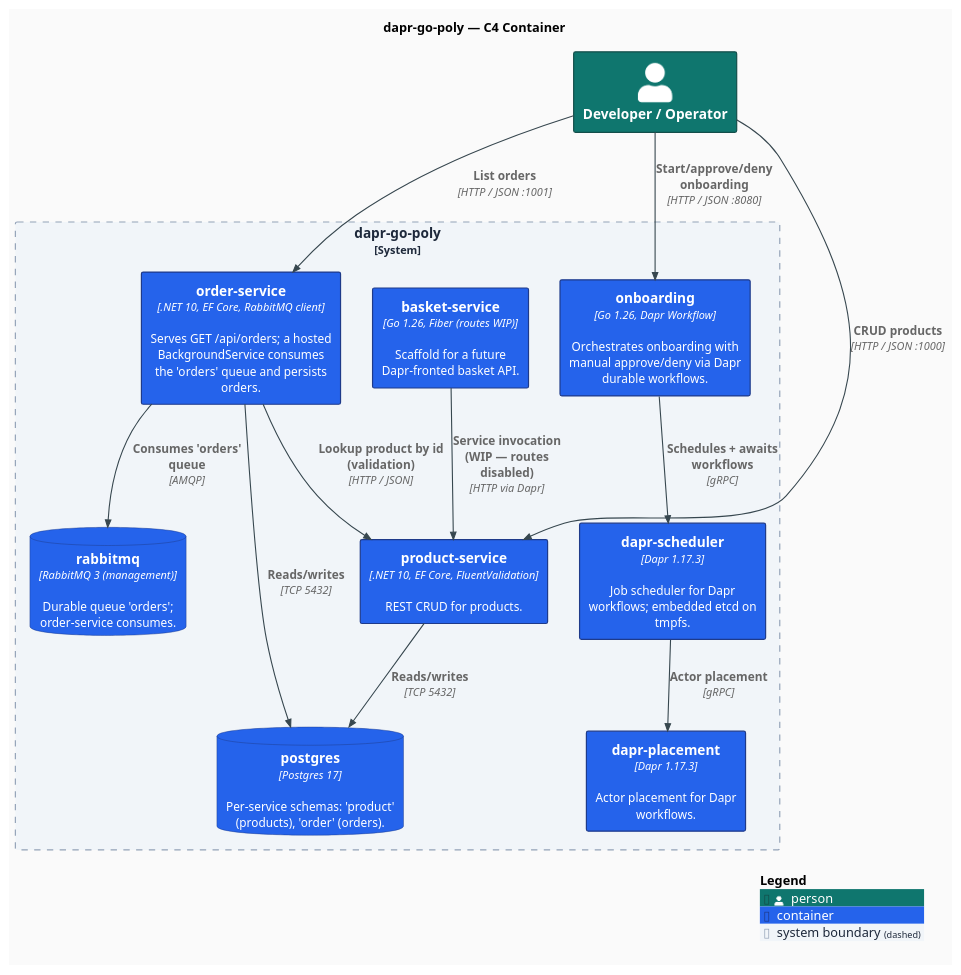
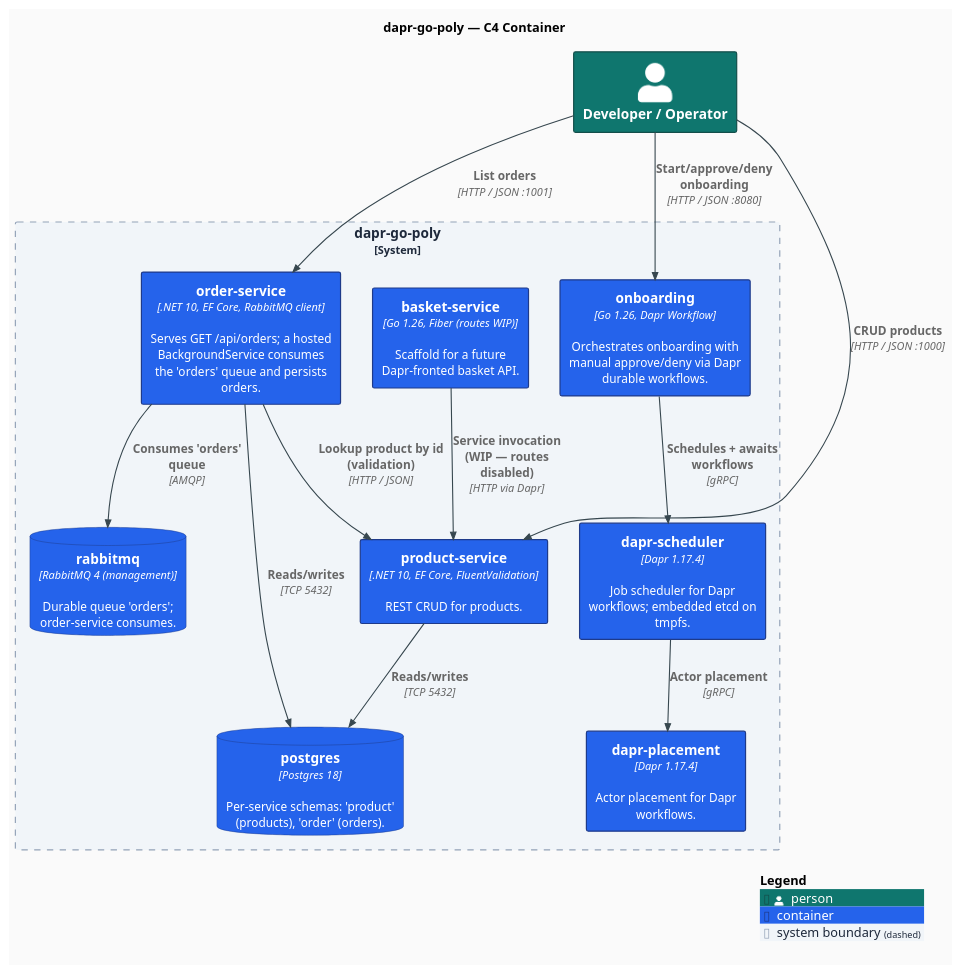
One commit to AndriyKalashnykov/dapr-go-poly changed the diagram in docs/diagrams/c4-container.puml. Above: the diagram before and after it, drawn with PlantUML. The commit also changed 7 other files, not shown here.

```diff
--- a/docs/diagrams/c4-container.puml
+++ b/docs/diagrams/c4-container.puml
@@ -1,51 +1,51 @@
 @startuml c4-container
 !include https://raw.githubusercontent.com/plantuml-stdlib/C4-PlantUML/v2.11.0/C4_Container.puml
 
 title dapr-go-poly — C4 Container
 
 skinparam backgroundColor #FAFAFA
 skinparam shadowing false
 skinparam roundCorner 4
 skinparam defaultFontName "Inter, Helvetica, Arial, sans-serif"
 skinparam defaultFontSize 13
 skinparam ArrowColor #37474F
 skinparam ArrowThickness 1.2
 skinparam rectangleBorderThickness 1.3
 
 UpdateElementStyle("person",       $fontColor="#FFFFFF", $bgColor="#0F766E", $borderColor="#134E4A")
 UpdateElementStyle("container",    $fontColor="#FFFFFF", $bgColor="#2563EB", $borderColor="#1E3A8A")
 UpdateElementStyle("container_db", $fontColor="#FFFFFF", $bgColor="#7C3AED", $borderColor="#4C1D95")
 UpdateBoundaryStyle($bgColor="#F1F5F9", $borderColor="#94A3B8", $fontColor="#1E293B")
 
 Person(dev, "Developer / Operator")
 
 System_Boundary(sys, "dapr-go-poly") {
   Container(product, "product-service", ".NET 10, EF Core, FluentValidation", "REST CRUD for products.")
   Container(order,   "order-service",   ".NET 10, EF Core, RabbitMQ client",  "Serves GET /api/orders; a hosted BackgroundService consumes the 'orders' queue and persists orders.")
   Container(onboard, "onboarding",      "Go 1.26, Dapr Workflow",             "Orchestrates onboarding with manual approve/deny via Dapr durable workflows.")
   Container(basket,  "basket-service",  "Go 1.26, Fiber (routes WIP)",        "Scaffold for a future Dapr-fronted basket API.")
 
-  Container(placement, "dapr-placement",  "Dapr 1.17.3",  "Actor placement for Dapr workflows.")
-  Container(scheduler, "dapr-scheduler",  "Dapr 1.17.3",  "Job scheduler for Dapr workflows; embedded etcd on tmpfs.")
+  Container(placement, "dapr-placement",  "Dapr 1.17.4",  "Actor placement for Dapr workflows.")
+  Container(scheduler, "dapr-scheduler",  "Dapr 1.17.4",  "Job scheduler for Dapr workflows; embedded etcd on tmpfs.")
 
-  ContainerDb(pg,    "postgres",   "Postgres 17",               "Per-service schemas: 'product' (products), 'order' (orders).")
-  ContainerDb(mq,    "rabbitmq",   "RabbitMQ 3 (management)",   "Durable queue 'orders'; order-service consumes.")
+  ContainerDb(pg,    "postgres",   "Postgres 18",               "Per-service schemas: 'product' (products), 'order' (orders).")
+  ContainerDb(mq,    "rabbitmq",   "RabbitMQ 4 (management)",   "Durable queue 'orders'; order-service consumes.")
 }
 
 Rel(dev, product, "CRUD products", "HTTP / JSON :1000")
 Rel(dev, order,   "List orders",    "HTTP / JSON :1001")
 Rel(dev, onboard, "Start/approve/deny onboarding", "HTTP / JSON :8080")
 
 Rel(order, product, "Lookup product by id\n(validation)", "HTTP / JSON")
 Rel(order, mq,      "Consumes 'orders' queue", "AMQP")
 
 Rel(product, pg, "Reads/writes", "TCP 5432")
 Rel(order,   pg, "Reads/writes", "TCP 5432")
 
 Rel(onboard, scheduler, "Schedules + awaits workflows", "gRPC")
 Rel(scheduler, placement, "Actor placement", "gRPC")
 
 Rel(basket, product, "Service invocation (WIP — routes disabled)", "HTTP via Dapr")
 
 SHOW_LEGEND()
 @enduml
```
